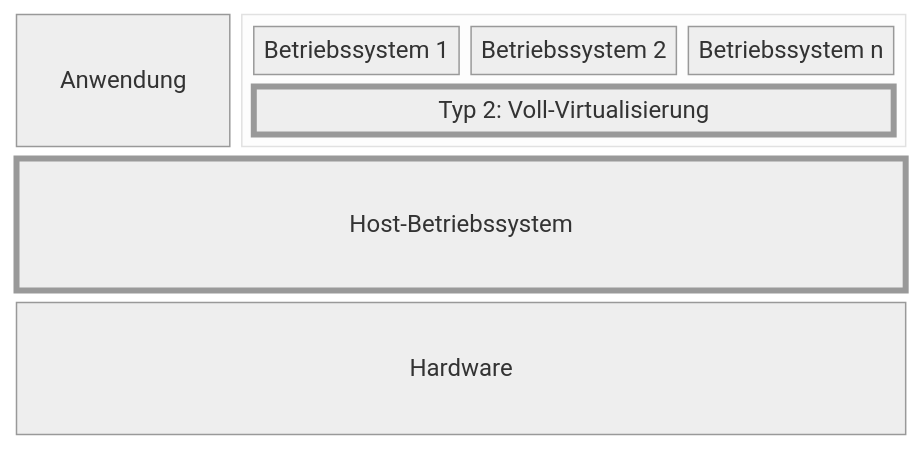
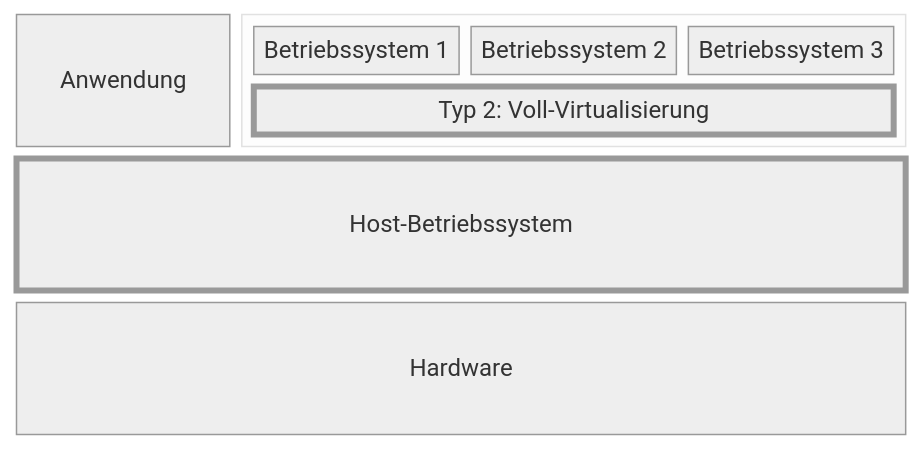
The second of 3 diagrams in content/theorie/vms-container-serverless/_index.md (patrickbucher/m346.frickelbude.ch), drawn with Mermaid (neutral theme) before and after one commit. The commit also changed other lines of this file and 3 other files, not shown here.

````diff
--- a/content/theorie/vms-container-serverless/_index.md
+++ b/content/theorie/vms-container-serverless/_index.md
@@ -75,16 +75,16 @@
 ```mermaid
 block-beta
     columns 4
     app["Anwendung"]:1
     block:os_virt:3
         columns 3
         os1["Betriebssystem 1"]:1
         os2["Betriebssystem 2"]:1
-        osn["Betriebssystem n"]:1
+        os3["Betriebssystem 3"]:1
         full["Typ 2: Voll-Virtualisierung"]:3
     end
     host["Host-Betriebssystem"]:4
     hardware["Hardware"]:4
     style full stroke-width:4px
     style host stroke-width:4px
 ```
````
